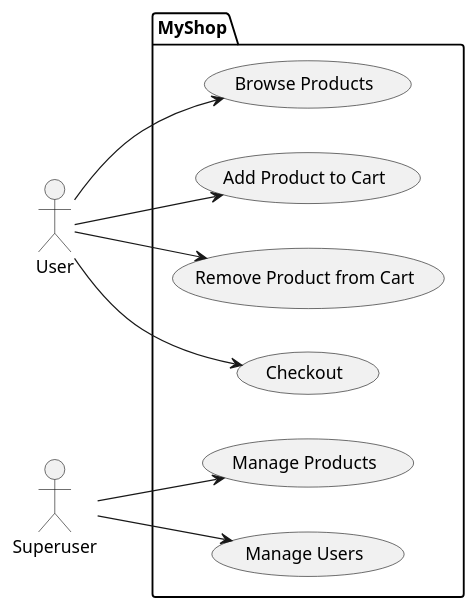
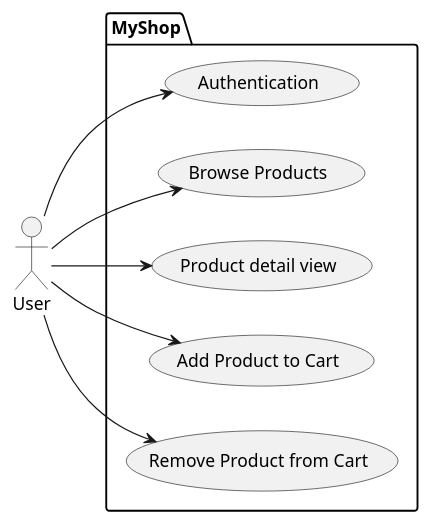
The diagram in Diagramme de Cas d'Utilisation.puml (NoriTaka68/MyShop_V3), drawn with PlantUML before and after one commit. The commit also changed 6 other files, not shown here.

```diff
--- a/Diagramme de Cas d'Utilisation.puml
+++ b/Diagramme de Cas d'Utilisation.puml
@@ -1,21 +1,21 @@
 @startuml
 left to right direction
 actor User as u
-actor Superuser as su
+
 
 package "MyShop" {
-  usecase "Browse Products" as UC1
-  usecase "Add Product to Cart" as UC2
-  usecase "Remove Product from Cart" as UC3
-  usecase "Checkout" as UC4
-  usecase "Manage Products" as UC5
-  usecase "Manage Users" as UC6
+  usecase "Authentication" as UC1
+  usecase "Browse Products" as UC2
+  usecase "Product detail view" as UC3
+  usecase "Add Product to Cart" as UC4
+  usecase "Remove Product from Cart" as UC5
+
 }
 
 u --> UC1
 u --> UC2
 u --> UC3
 u --> UC4
-su --> UC5
-su --> UC6
+u --> UC5
+
 @enduml
```
